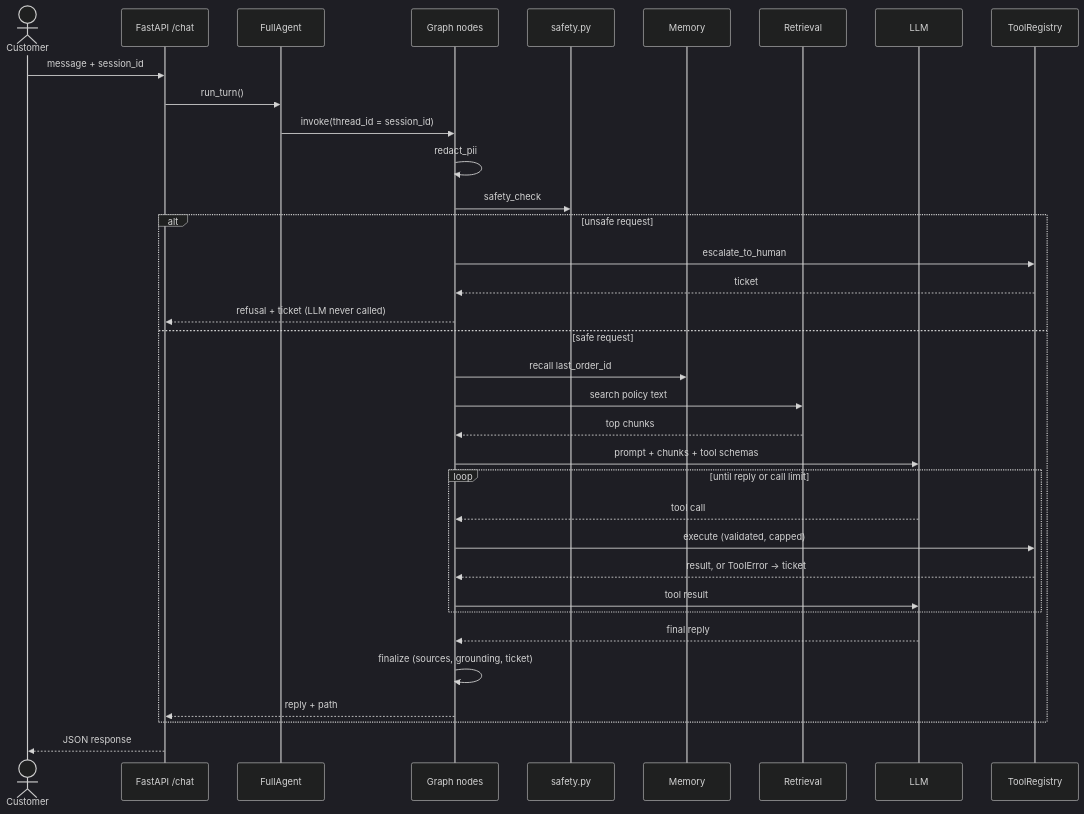
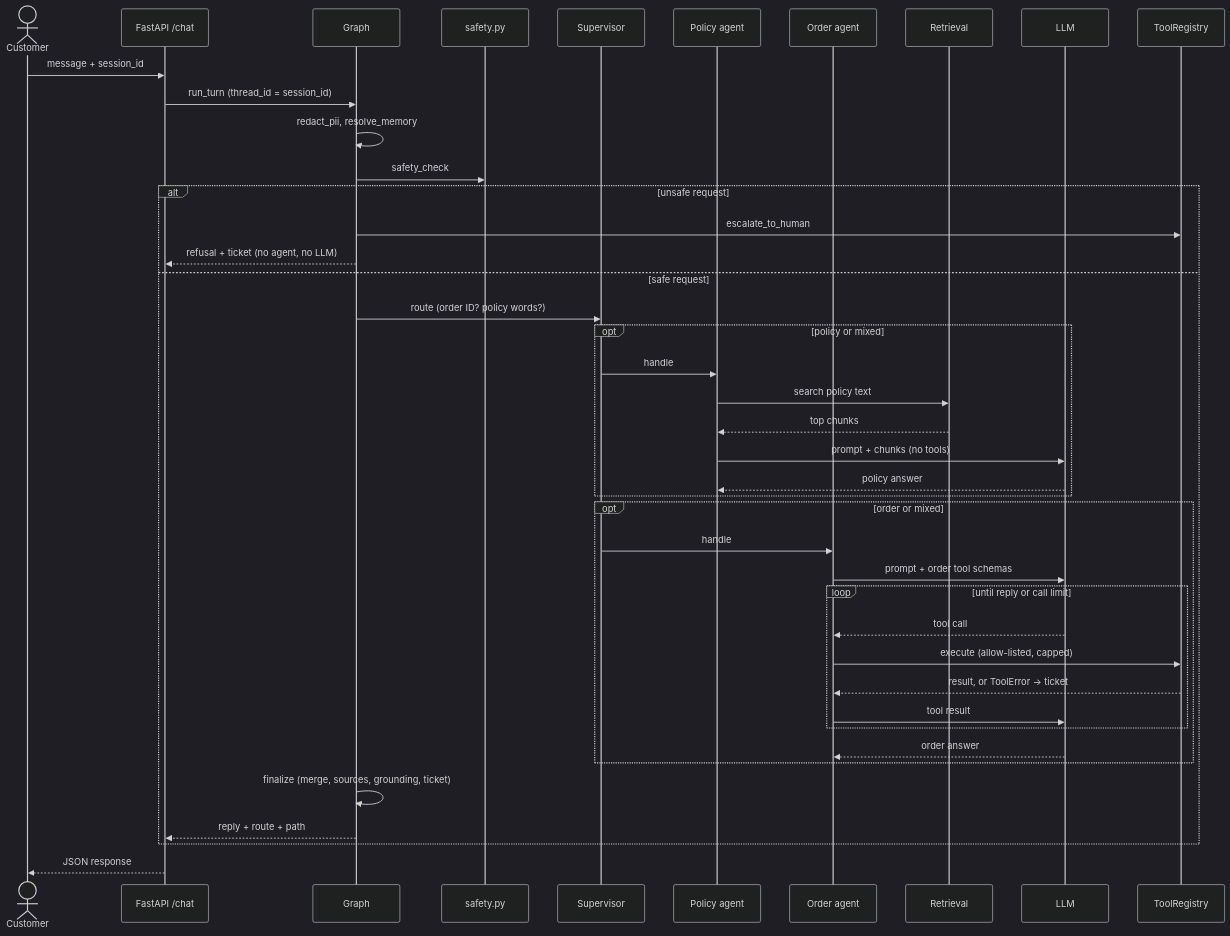
The third of 3 diagrams in capstone_project/docs/component_architecture.md (Ramki2018/CustomerSupportAgent), drawn with Mermaid (dark theme) before and after one commit. The commit also changed other lines of this file and 18 other files, not shown here.

````diff
--- a/capstone_project/docs/component_architecture.md
+++ b/capstone_project/docs/component_architecture.md
@@ -76,38 +101,45 @@
 ```mermaid
 sequenceDiagram
     actor C as Customer
     participant API as FastAPI /chat
-    participant FA as FullAgent
-    participant G as Graph nodes
+    participant G as Graph
     participant S as safety.py
-    participant M as Memory
+    participant SUP as Supervisor
+    participant PA as Policy agent
+    participant OA as Order agent
     participant R as Retrieval
     participant L as LLM
     participant T as ToolRegistry
 
     C->>API: message + session_id
-    API->>FA: run_turn()
-    FA->>G: invoke(thread_id = session_id)
-    G->>G: redact_pii
+    API->>G: run_turn (thread_id = session_id)
+    G->>G: redact_pii, resolve_memory
     G->>S: safety_check
     alt unsafe request
         G->>T: escalate_to_human
-        T-->>G: ticket
-        G-->>API: refusal + ticket (LLM never called)
+        G-->>API: refusal + ticket (no agent, no LLM)
     else safe request
-        G->>M: recall last_order_id
-        G->>R: search policy text
-        R-->>G: top chunks
-        G->>L: prompt + chunks + tool schemas
-        loop until reply or call limit
-            L-->>G: tool call
-            G->>T: execute (validated, capped)
-            T-->>G: result, or ToolError -> ticket
-            G->>L: tool result
+        G->>SUP: route (order ID? policy words?)
+        opt policy or mixed
+            SUP->>PA: handle
+            PA->>R: search policy text
+            R-->>PA: top chunks
+            PA->>L: prompt + chunks (no tools)
+            L-->>PA: policy answer
         end
-        L-->>G: final reply
-        G->>G: finalize (sources, grounding, ticket)
-        G-->>API: reply + path
+        opt order or mixed
+            SUP->>OA: handle
+            OA->>L: prompt + order tool schemas
+            loop until reply or call limit
+                L-->>OA: tool call
+                OA->>T: execute (allow-listed, capped)
+                T-->>OA: result, or ToolError -> ticket
+                OA->>L: tool result
+            end
+            L-->>OA: order answer
+        end
+        G->>G: finalize (merge, sources, grounding, ticket)
+        G-->>API: reply + route + path
     end
     API-->>C: JSON response
 ```
````
